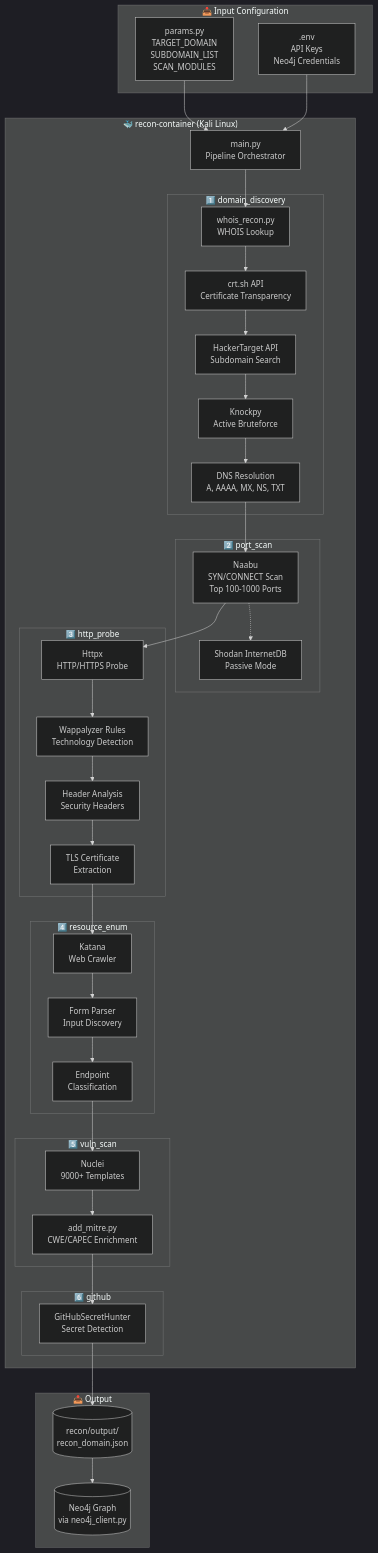
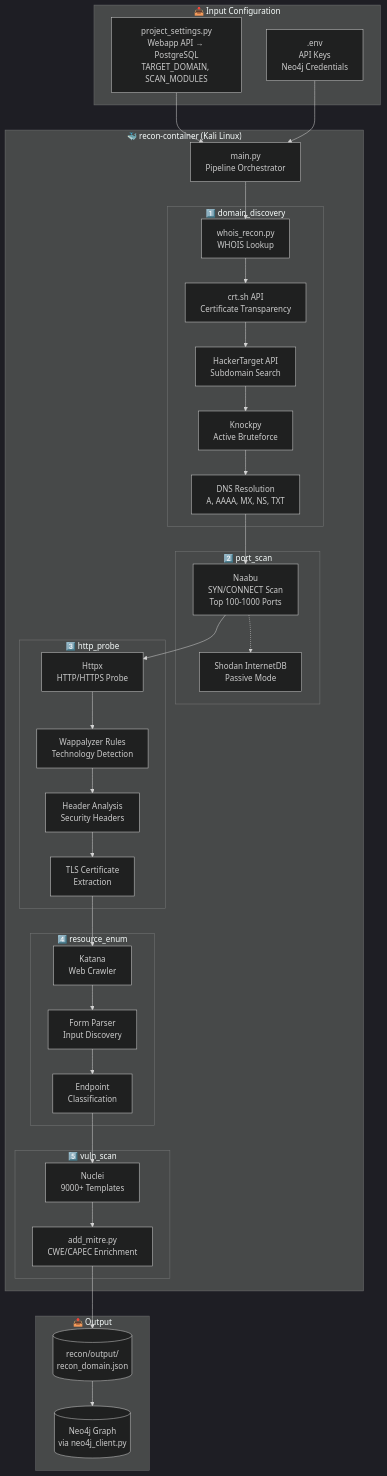
The fifth of 8 diagrams in README.md (wizard2773/redamon), drawn with Mermaid (dark theme) before and after one commit. The commit also changed other lines of this file and 20 other files, not shown here.

````diff
--- a/README.md
+++ b/README.md
@@ -693,80 +989,74 @@
 ```mermaid
 flowchart TB
     subgraph Input["📥 Input Configuration"]
-        Params[params.py<br/>TARGET_DOMAIN<br/>SUBDOMAIN_LIST<br/>SCAN_MODULES]
+        Params[project_settings.py<br/>Webapp API → PostgreSQL<br/>TARGET_DOMAIN, SCAN_MODULES]
         Env[.env<br/>API Keys<br/>Neo4j Credentials]
     end
 
     subgraph Container["🐳 recon-container (Kali Linux)"]
         Main[main.py<br/>Pipeline Orchestrator]
 
         subgraph Module1["1️⃣ domain_discovery"]
             WHOIS[whois_recon.py<br/>WHOIS Lookup]
             CRT[crt.sh API<br/>Certificate Transparency]
             HT[HackerTarget API<br/>Subdomain Search]
             Knock[Knockpy<br/>Active Bruteforce]
             DNS[DNS Resolution<br/>A, AAAA, MX, NS, TXT]
         end
 
         subgraph Module2["2️⃣ port_scan"]
             Naabu[Naabu<br/>SYN/CONNECT Scan<br/>Top 100-1000 Ports]
             Shodan[Shodan InternetDB<br/>Passive Mode]
         end
 
         subgraph Module3["3️⃣ http_probe"]
             Httpx[Httpx<br/>HTTP/HTTPS Probe]
             Tech[Wappalyzer Rules<br/>Technology Detection]
             Headers[Header Analysis<br/>Security Headers]
             Certs[TLS Certificate<br/>Extraction]
         end
 
         subgraph Module4["4️⃣ resource_enum"]
             Katana[Katana<br/>Web Crawler]
             Forms[Form Parser<br/>Input Discovery]
             Endpoints[Endpoint<br/>Classification]
         end
 
         subgraph Module5["5️⃣ vuln_scan"]
             Nuclei[Nuclei<br/>9000+ Templates]
             MITRE[add_mitre.py<br/>CWE/CAPEC Enrichment]
         end
-
-        subgraph Module6["6️⃣ github"]
-            GHHunter[GitHubSecretHunter<br/>Secret Detection]
-        end
     end
 
     subgraph Output["📤 Output"]
         JSON[(recon/output/<br/>recon_domain.json)]
         Graph[(Neo4j Graph<br/>via neo4j_client.py)]
     end
 
     Params --> Main
     Env --> Main
 
     Main --> WHOIS
     WHOIS --> CRT
     CRT --> HT
     HT --> Knock
     Knock --> DNS
 
     DNS --> Naabu
     Naabu -.-> Shodan
 
     Naabu --> Httpx
     Httpx --> Tech
     Tech --> Headers
     Headers --> Certs
 
     Certs --> Katana
     Katana --> Forms
     Forms --> Endpoints
 
     Endpoints --> Nuclei
     Nuclei --> MITRE
 
-    MITRE --> GHHunter
-
-    GHHunter --> JSON
+    MITRE --> JSON
     JSON --> Graph
 ```
````
